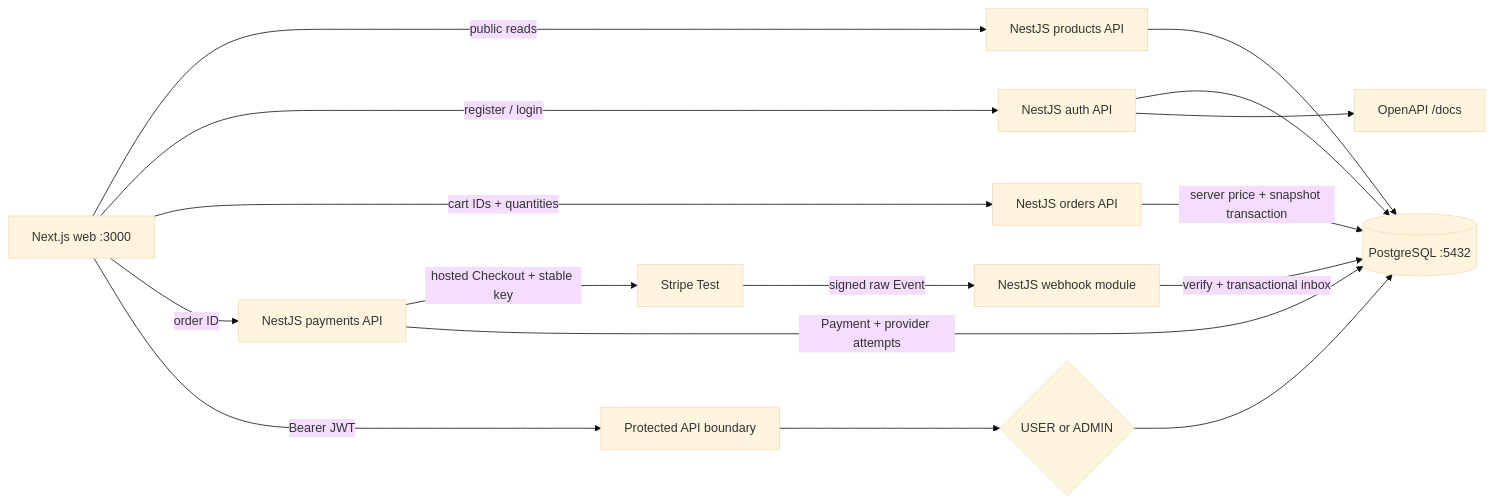
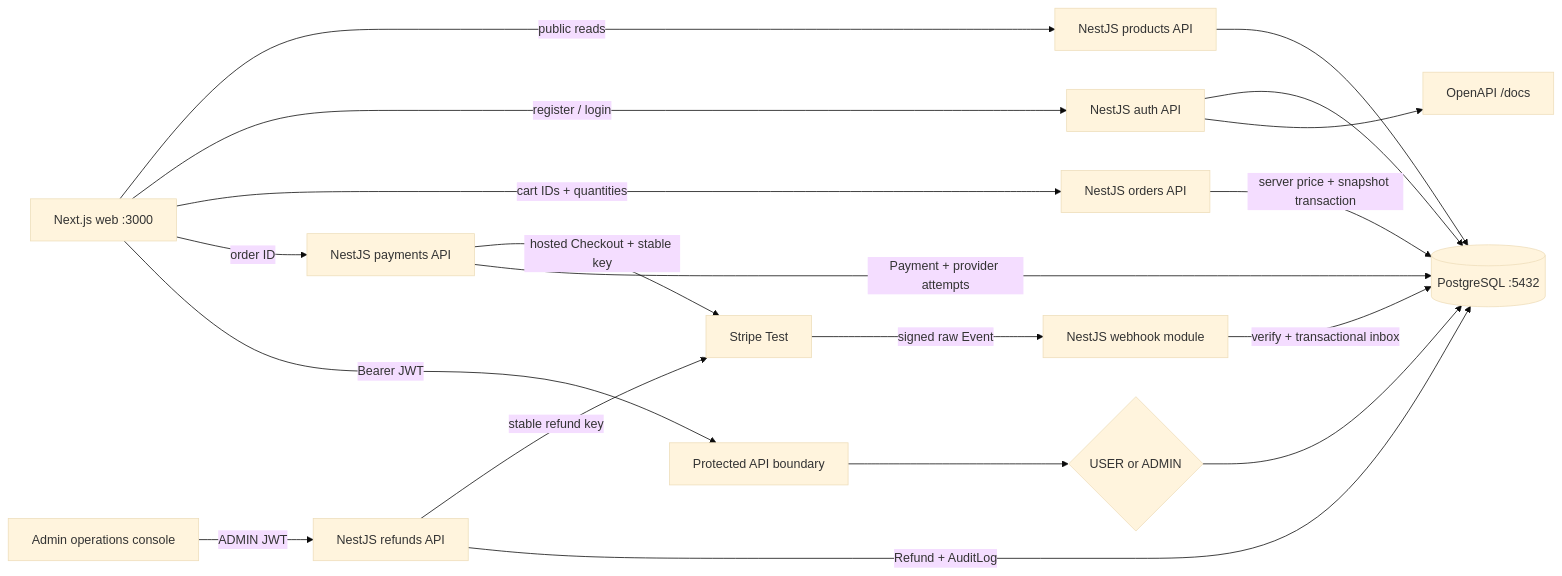
One commit to tianhao8687/payflow changed the diagram in README.md. Above: the diagram before and after it, drawn with Mermaid (base theme). The commit also changed other lines of this file and 57 other files, not shown here.

Commit message:
feat: complete stage 5 refunds and admin

````diff
--- a/README.md
+++ b/README.md
@@ -13,18 +14,21 @@
 ```mermaid
 flowchart LR
   Browser[Next.js web :3000] -->|public reads| Products[NestJS products API]
   Browser -->|register / login| Auth[NestJS auth API]
   Browser -->|cart IDs + quantities| Orders[NestJS orders API]
   Browser -->|order ID| Payments[NestJS payments API]
   Payments -->|hosted Checkout + stable key| Stripe[Stripe Test]
+  Admin[Admin operations console] -->|ADMIN JWT| Refunds[NestJS refunds API]
+  Refunds -->|stable refund key| Stripe
   Stripe -->|signed raw Event| Webhooks[NestJS webhook module]
   Webhooks -->|verify + transactional inbox| DB
   Browser -->|Bearer JWT| Protected[Protected API boundary]
   Protected --> RBAC{USER or ADMIN}
   Auth --> DB[(PostgreSQL :5432)]
   Products --> DB
   Orders -->|server price + snapshot transaction| DB
   Payments -->|Payment + provider attempts| DB
+  Refunds -->|Refund + AuditLog| DB
   RBAC --> DB
   Auth --> Docs[OpenAPI /docs]
 ```
````
